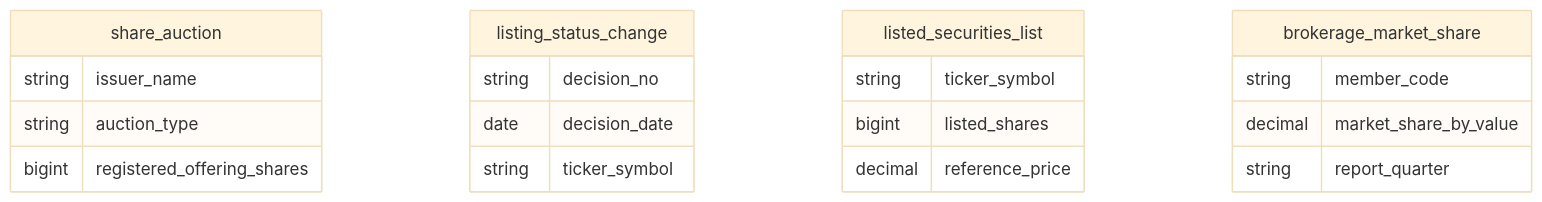
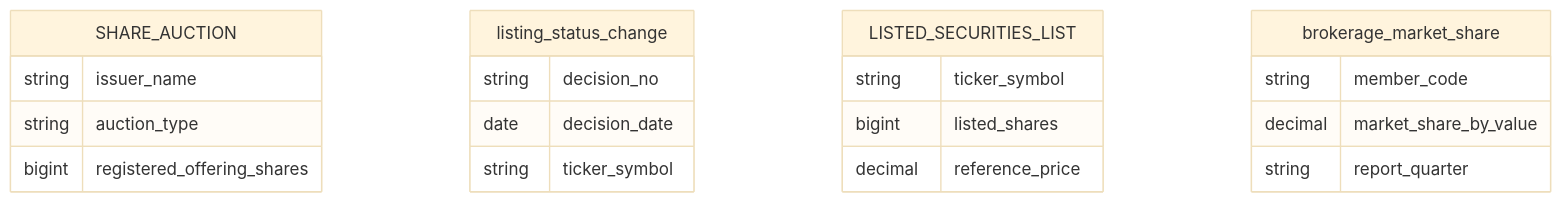
Before and after one commit to linhlvit/ubck_atomic_design: the first of 2 diagrams in DataModel/working/Atomic/hld/HOSE_HLD_Tier1.md, drawn with Mermaid (base theme). The commit also changed other lines of this file and 66 other files, not shown here.

````diff
--- a/DataModel/working/Atomic/hld/HOSE_HLD_Tier1.md
+++ b/DataModel/working/Atomic/hld/HOSE_HLD_Tier1.md
@@ -24,23 +24,23 @@
 ```mermaid
 erDiagram
-    share_auction {
+    SHARE_AUCTION {
         string issuer_name
         string auction_type
         bigint registered_offering_shares
     }
     listing_status_change {
         string decision_no
         date decision_date
         string ticker_symbol
     }
-    listed_securities_list {
+    LISTED_SECURITIES_LIST {
         string ticker_symbol
         bigint listed_shares
         decimal reference_price
     }
     brokerage_market_share {
         string member_code
         decimal market_share_by_value
         string report_quarter
     }
 ```
````
